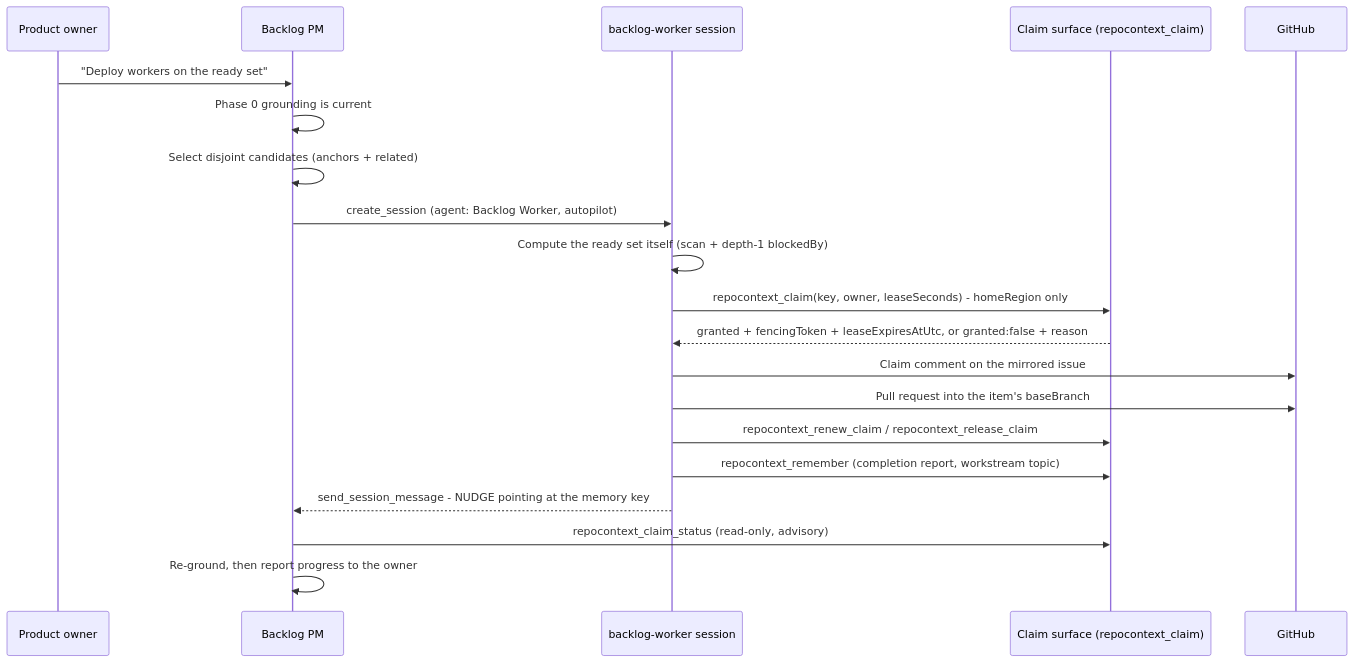
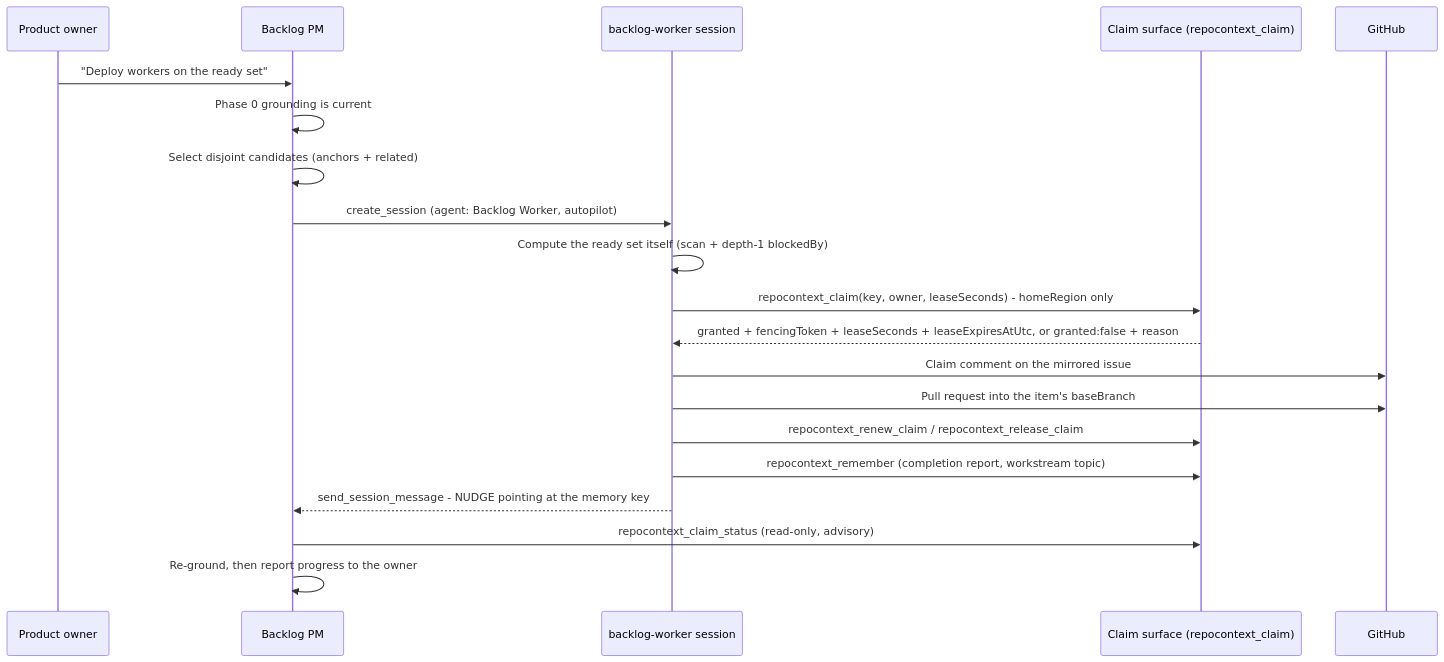
Before and after one commit to NSTA1/Orleans.Lattice: the third of 3 diagrams in samples/AgentBacklog/template/backlog-pm.base.md, drawn with Mermaid. The commit also changed 131 other files, not shown here.

````diff
--- a/samples/AgentBacklog/template/backlog-pm.base.md
+++ b/samples/AgentBacklog/template/backlog-pm.base.md
@@ -532,23 +532,23 @@
 ```mermaid
 sequenceDiagram
     participant PO as Product owner
     participant PM as Backlog PM
     participant W as backlog-worker session
     participant L as Claim surface (repocontext_claim)
     participant GH as GitHub
 
     PO->>PM: "Deploy workers on the ready set"
     PM->>PM: Phase 0 grounding is current
     PM->>PM: Select disjoint candidates (anchors + related)
     PM->>W: create_session (agent: Backlog Worker, autopilot)
     W->>W: Compute the ready set itself (scan + depth-1 blockedBy)
     W->>L: repocontext_claim(key, owner, leaseSeconds) - homeRegion only
-    L-->>W: granted + fencingToken + leaseExpiresAtUtc, or granted:false + reason
+    L-->>W: granted + fencingToken + leaseSeconds + leaseExpiresAtUtc, or granted:false + reason
     W->>GH: Claim comment on the mirrored issue
     W->>GH: Pull request into the item's baseBranch
     W->>L: repocontext_renew_claim / repocontext_release_claim
     W->>L: repocontext_remember (completion report, workstream topic)
     W-->>PM: send_session_message - NUDGE pointing at the memory key
     PM->>L: repocontext_claim_status (read-only, advisory)
     PM->>PM: Re-ground, then report progress to the owner
 ```
````
